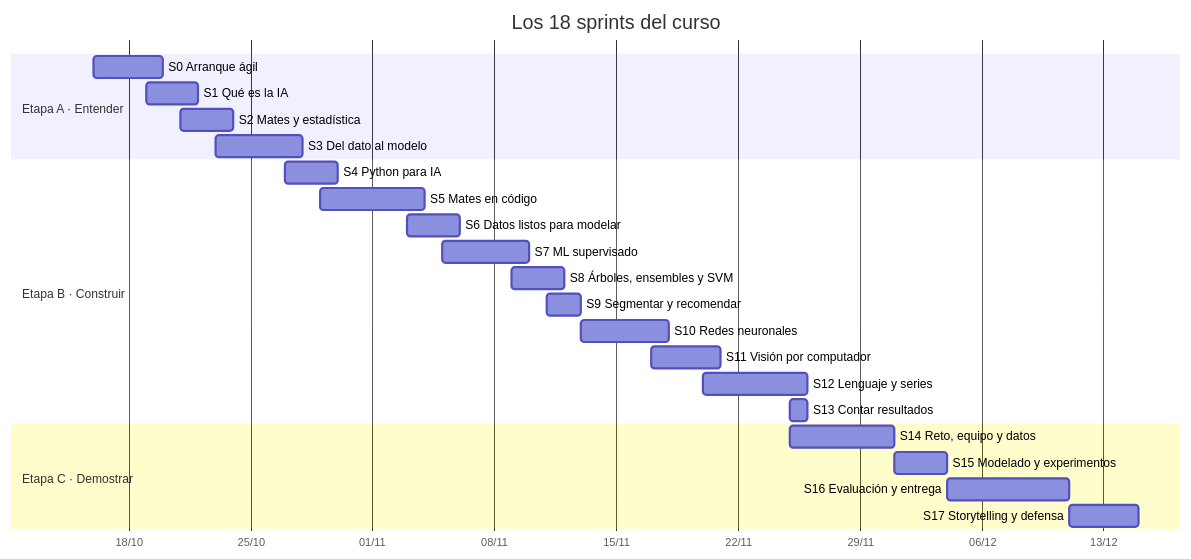
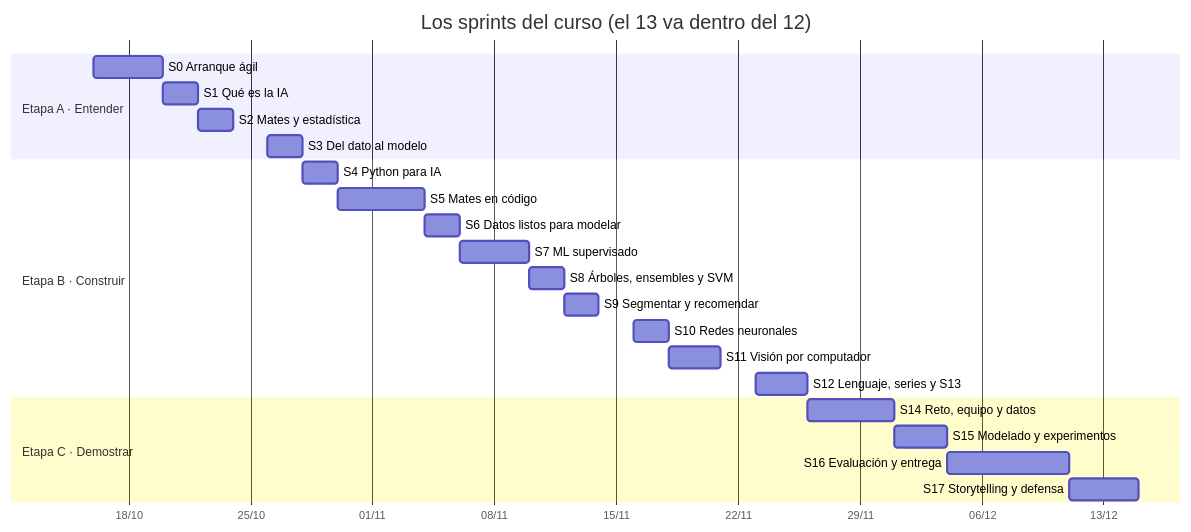
The fourth of 7 diagrams in README.md (cCoolBoox/IFCD107-alumnado), drawn with Mermaid before and after one commit. The commit also changed other lines of this file and 193 other files, not shown here.

````diff
--- a/README.md
+++ b/README.md
@@ -126,27 +126,26 @@
 ```mermaid
 gantt
-    title Los 18 sprints del curso
+    title Los sprints del curso (el 13 va dentro del 12)
     dateFormat  YYYY-MM-DD
     axisFormat  %d/%m
     section Etapa A · Entender
     S0 Arranque ágil                  :a0, 2026-10-16, 4d
-    S1 Qué es la IA                   :a1, 2026-10-19, 3d
-    S2 Mates y estadística            :a2, 2026-10-21, 3d
-    S3 Del dato al modelo             :a3, 2026-10-23, 5d
+    S1 Qué es la IA                   :a1, 2026-10-20, 2d
+    S2 Mates y estadística            :a2, 2026-10-22, 2d
+    S3 Del dato al modelo             :a3, 2026-10-26, 2d
     section Etapa B · Construir
-    S4 Python para IA                 :b4, 2026-10-27, 3d
-    S5 Mates en código                :b5, 2026-10-29, 6d
-    S6 Datos listos para modelar      :b6, 2026-11-03, 3d
-    S7 ML supervisado                 :b7, 2026-11-05, 5d
-    S8 Árboles, ensembles y SVM       :b8, 2026-11-09, 3d
-    S9 Segmentar y recomendar         :b9, 2026-11-11, 2d
-    S10 Redes neuronales              :b10, 2026-11-13, 5d
-    S11 Visión por computador         :b11, 2026-11-17, 4d
-    S12 Lenguaje y series             :b12, 2026-11-20, 6d
-    S13 Contar resultados             :b13, 2026-11-25, 1d
+    S4 Python para IA                 :b4, 2026-10-28, 2d
+    S5 Mates en código                :b5, 2026-10-30, 5d
+    S6 Datos listos para modelar      :b6, 2026-11-04, 2d
+    S7 ML supervisado                 :b7, 2026-11-06, 4d
+    S8 Árboles, ensembles y SVM       :b8, 2026-11-10, 2d
+    S9 Segmentar y recomendar         :b9, 2026-11-12, 2d
+    S10 Redes neuronales              :b10, 2026-11-16, 2d
+    S11 Visión por computador         :b11, 2026-11-18, 3d
+    S12 Lenguaje, series y S13           :b12, 2026-11-23, 3d
     section Etapa C · Demostrar
-    S14 Reto, equipo y datos          :c14, 2026-11-25, 6d
+    S14 Reto, equipo y datos          :c14, 2026-11-26, 5d
     S15 Modelado y experimentos       :c15, 2026-12-01, 3d
     S16 Evaluación y entrega          :c16, 2026-12-04, 7d
     S17 Storytelling y defensa        :c17, 2026-12-11, 4d
 ```
````
